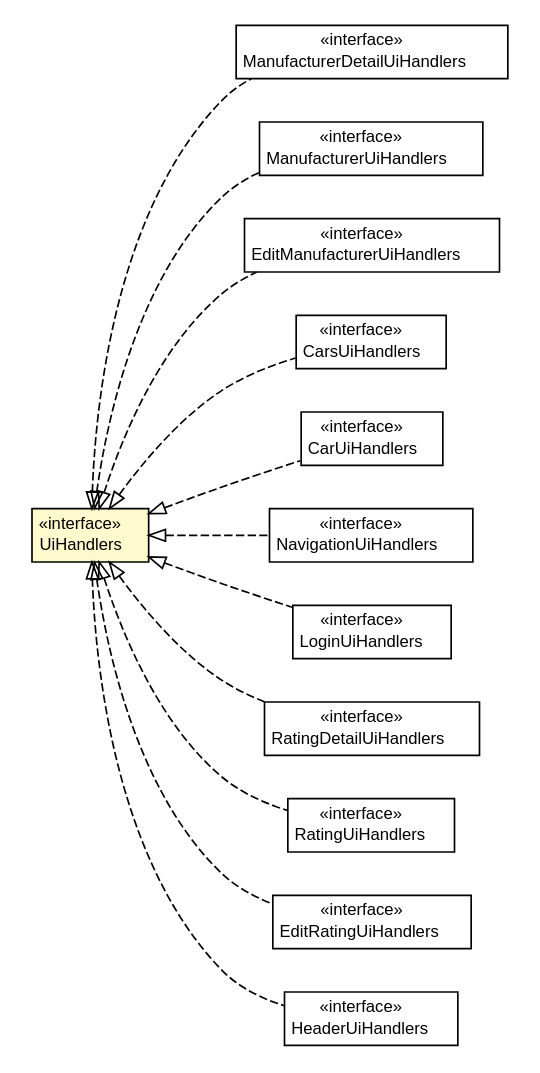
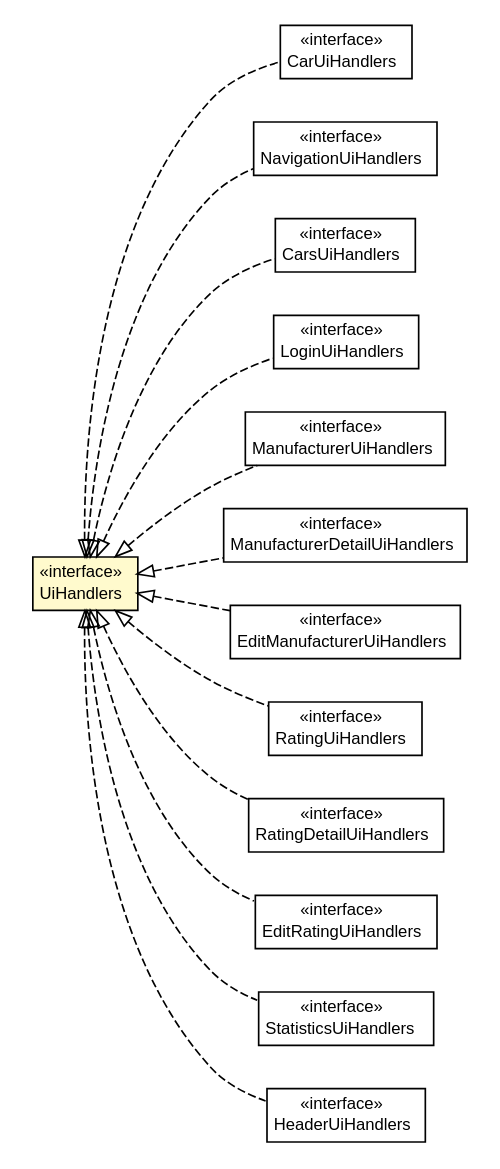
One commit to ArcBees/GWTP changed the diagram in javadoc/apidocs/com/gwtplatform/mvp/client/UiHandlers.dot. Above: the diagram before and after it, drawn with Graphviz. The commit also changed 2699 other files, not shown here.

```diff
--- a/javadoc/apidocs/com/gwtplatform/mvp/client/UiHandlers.dot
+++ b/javadoc/apidocs/com/gwtplatform/mvp/client/UiHandlers.dot
@@ -5,115 +5,124 @@
 #
 
 digraph G {
-	edge [fontname="Helvetica",fontsize=10,labelfontname="Helvetica",labelfontsize=10];
-	node [fontname="Helvetica",fontsize=10,shape=plaintext];
+	edge [fontname="arial",fontsize=10,labelfontname="arial",labelfontsize=10];
+	node [fontname="arial",fontsize=10,shape=plaintext];
 	nodesep=0.25;
 	ranksep=0.5;
 	rankdir=LR;
 	// com.gwtplatform.mvp.client.UiHandlers
-	c387626 [label=<<table title="com.gwtplatform.mvp.client.UiHandlers" border="0" cellborder="1" cellspacing="0" cellpadding="2" port="p" bgcolor="lemonChiffon" href="./UiHandlers.html">
+	c518742 [label=<<table title="com.gwtplatform.mvp.client.UiHandlers" border="0" cellborder="1" cellspacing="0" cellpadding="2" port="p" bgcolor="lemonChiffon" href="./UiHandlers.html">
 		<tr><td><table border="0" cellspacing="0" cellpadding="1">
 <tr><td align="center" balign="center"> &#171;interface&#187; </td></tr>
 <tr><td align="center" balign="center"> UiHandlers </td></tr>
 		</table></td></tr>
-		</table>>, URL="./UiHandlers.html", fontname="Helvetica", fontcolor="black", fontsize=10.0];
+		</table>>, URL="./UiHandlers.html", fontname="arial", fontcolor="black", fontsize=10.0];
+	// com.gwtplatform.carstore.client.application.cars.car.CarUiHandlers
+	c519048 [label=<<table title="com.gwtplatform.carstore.client.application.cars.car.CarUiHandlers" border="0" cellborder="1" cellspacing="0" cellpadding="2" port="p" href="../../carstore/client/application/cars/car/CarUiHandlers.html">
+		<tr><td><table border="0" cellspacing="0" cellpadding="1">
+<tr><td align="center" balign="center"> &#171;interface&#187; </td></tr>
+<tr><td align="center" balign="center"> CarUiHandlers </td></tr>
+		</table></td></tr>
+		</table>>, URL="../../carstore/client/application/cars/car/CarUiHandlers.html", fontname="arial", fontcolor="black", fontsize=10.0];
+	// com.gwtplatform.carstore.client.application.cars.car.navigation.NavigationUiHandlers
+	c519061 [label=<<table title="com.gwtplatform.carstore.client.application.cars.car.navigation.NavigationUiHandlers" border="0" cellborder="1" cellspacing="0" cellpadding="2" port="p" href="../../carstore/client/application/cars/car/navigation/NavigationUiHandlers.html">
+		<tr><td><table border="0" cellspacing="0" cellpadding="1">
+<tr><td align="center" balign="center"> &#171;interface&#187; </td></tr>
+<tr><td align="center" balign="center"> NavigationUiHandlers </td></tr>
+		</table></td></tr>
+		</table>>, URL="../../carstore/client/application/cars/car/navigation/NavigationUiHandlers.html", fontname="arial", fontcolor="black", fontsize=10.0];
+	// com.gwtplatform.carstore.client.application.cars.CarsUiHandlers
+	c519073 [label=<<table title="com.gwtplatform.carstore.client.application.cars.CarsUiHandlers" border="0" cellborder="1" cellspacing="0" cellpadding="2" port="p" href="../../carstore/client/application/cars/CarsUiHandlers.html">
+		<tr><td><table border="0" cellspacing="0" cellpadding="1">
+<tr><td align="center" balign="center"> &#171;interface&#187; </td></tr>
+<tr><td align="center" balign="center"> CarsUiHandlers </td></tr>
+		</table></td></tr>
+		</table>>, URL="../../carstore/client/application/cars/CarsUiHandlers.html", fontname="arial", fontcolor="black", fontsize=10.0];
+	// com.gwtplatform.carstore.client.application.login.LoginUiHandlers
+	c519098 [label=<<table title="com.gwtplatform.carstore.client.application.login.LoginUiHandlers" border="0" cellborder="1" cellspacing="0" cellpadding="2" port="p" href="../../carstore/client/application/login/LoginUiHandlers.html">
+		<tr><td><table border="0" cellspacing="0" cellpadding="1">
+<tr><td align="center" balign="center"> &#171;interface&#187; </td></tr>
+<tr><td align="center" balign="center"> LoginUiHandlers </td></tr>
+		</table></td></tr>
+		</table>>, URL="../../carstore/client/application/login/LoginUiHandlers.html", fontname="arial", fontcolor="black", fontsize=10.0];
+	// com.gwtplatform.carstore.client.application.manufacturer.ManufacturerUiHandlers
+	c519108 [label=<<table title="com.gwtplatform.carstore.client.application.manufacturer.ManufacturerUiHandlers" border="0" cellborder="1" cellspacing="0" cellpadding="2" port="p" href="../../carstore/client/application/manufacturer/ManufacturerUiHandlers.html">
+		<tr><td><table border="0" cellspacing="0" cellpadding="1">
+<tr><td align="center" balign="center"> &#171;interface&#187; </td></tr>
+<tr><td align="center" balign="center"> ManufacturerUiHandlers </td></tr>
+		</table></td></tr>
+		</table>>, URL="../../carstore/client/application/manufacturer/ManufacturerUiHandlers.html", fontname="arial", fontcolor="black", fontsize=10.0];
 	// com.gwtplatform.carstore.client.application.manufacturer.ManufacturerDetailUiHandlers
-	c387888 [label=<<table title="com.gwtplatform.carstore.client.application.manufacturer.ManufacturerDetailUiHandlers" border="0" cellborder="1" cellspacing="0" cellpadding="2" port="p" href="../../carstore/client/application/manufacturer/ManufacturerDetailUiHandlers.html">
+	c519116 [label=<<table title="com.gwtplatform.carstore.client.application.manufacturer.ManufacturerDetailUiHandlers" border="0" cellborder="1" cellspacing="0" cellpadding="2" port="p" href="../../carstore/client/application/manufacturer/ManufacturerDetailUiHandlers.html">
 		<tr><td><table border="0" cellspacing="0" cellpadding="1">
 <tr><td align="center" balign="center"> &#171;interface&#187; </td></tr>
 <tr><td align="center" balign="center"> ManufacturerDetailUiHandlers </td></tr>
 		</table></td></tr>
-		</table>>, URL="../../carstore/client/application/manufacturer/ManufacturerDetailUiHandlers.html", fontname="Helvetica", fontcolor="black", fontsize=10.0];
-	// com.gwtplatform.carstore.client.application.manufacturer.ManufacturerUiHandlers
-	c387897 [label=<<table title="com.gwtplatform.carstore.client.application.manufacturer.ManufacturerUiHandlers" border="0" cellborder="1" cellspacing="0" cellpadding="2" port="p" href="../../carstore/client/application/manufacturer/ManufacturerUiHandlers.html">
-		<tr><td><table border="0" cellspacing="0" cellpadding="1">
-<tr><td align="center" balign="center"> &#171;interface&#187; </td></tr>
-<tr><td align="center" balign="center"> ManufacturerUiHandlers </td></tr>
-		</table></td></tr>
-		</table>>, URL="../../carstore/client/application/manufacturer/ManufacturerUiHandlers.html", fontname="Helvetica", fontcolor="black", fontsize=10.0];
+		</table>>, URL="../../carstore/client/application/manufacturer/ManufacturerDetailUiHandlers.html", fontname="arial", fontcolor="black", fontsize=10.0];
 	// com.gwtplatform.carstore.client.application.manufacturer.ui.EditManufacturerUiHandlers
-	c387901 [label=<<table title="com.gwtplatform.carstore.client.application.manufacturer.ui.EditManufacturerUiHandlers" border="0" cellborder="1" cellspacing="0" cellpadding="2" port="p" href="../../carstore/client/application/manufacturer/ui/EditManufacturerUiHandlers.html">
+	c519123 [label=<<table title="com.gwtplatform.carstore.client.application.manufacturer.ui.EditManufacturerUiHandlers" border="0" cellborder="1" cellspacing="0" cellpadding="2" port="p" href="../../carstore/client/application/manufacturer/ui/EditManufacturerUiHandlers.html">
 		<tr><td><table border="0" cellspacing="0" cellpadding="1">
 <tr><td align="center" balign="center"> &#171;interface&#187; </td></tr>
 <tr><td align="center" balign="center"> EditManufacturerUiHandlers </td></tr>
 		</table></td></tr>
-		</table>>, URL="../../carstore/client/application/manufacturer/ui/EditManufacturerUiHandlers.html", fontname="Helvetica", fontcolor="black", fontsize=10.0];
-	// com.gwtplatform.carstore.client.application.cars.CarsUiHandlers
-	c387913 [label=<<table title="com.gwtplatform.carstore.client.application.cars.CarsUiHandlers" border="0" cellborder="1" cellspacing="0" cellpadding="2" port="p" href="../../carstore/client/application/cars/CarsUiHandlers.html">
+		</table>>, URL="../../carstore/client/application/manufacturer/ui/EditManufacturerUiHandlers.html", fontname="arial", fontcolor="black", fontsize=10.0];
+	// com.gwtplatform.carstore.client.application.rating.RatingUiHandlers
+	c519129 [label=<<table title="com.gwtplatform.carstore.client.application.rating.RatingUiHandlers" border="0" cellborder="1" cellspacing="0" cellpadding="2" port="p" href="../../carstore/client/application/rating/RatingUiHandlers.html">
 		<tr><td><table border="0" cellspacing="0" cellpadding="1">
 <tr><td align="center" balign="center"> &#171;interface&#187; </td></tr>
-<tr><td align="center" balign="center"> CarsUiHandlers </td></tr>
+<tr><td align="center" balign="center"> RatingUiHandlers </td></tr>
 		</table></td></tr>
-		</table>>, URL="../../carstore/client/application/cars/CarsUiHandlers.html", fontname="Helvetica", fontcolor="black", fontsize=10.0];
-	// com.gwtplatform.carstore.client.application.cars.car.CarUiHandlers
-	c387918 [label=<<table title="com.gwtplatform.carstore.client.application.cars.car.CarUiHandlers" border="0" cellborder="1" cellspacing="0" cellpadding="2" port="p" href="../../carstore/client/application/cars/car/CarUiHandlers.html">
-		<tr><td><table border="0" cellspacing="0" cellpadding="1">
-<tr><td align="center" balign="center"> &#171;interface&#187; </td></tr>
-<tr><td align="center" balign="center"> CarUiHandlers </td></tr>
-		</table></td></tr>
-		</table>>, URL="../../carstore/client/application/cars/car/CarUiHandlers.html", fontname="Helvetica", fontcolor="black", fontsize=10.0];
-	// com.gwtplatform.carstore.client.application.cars.car.navigation.NavigationUiHandlers
-	c387941 [label=<<table title="com.gwtplatform.carstore.client.application.cars.car.navigation.NavigationUiHandlers" border="0" cellborder="1" cellspacing="0" cellpadding="2" port="p" href="../../carstore/client/application/cars/car/navigation/NavigationUiHandlers.html">
-		<tr><td><table border="0" cellspacing="0" cellpadding="1">
-<tr><td align="center" balign="center"> &#171;interface&#187; </td></tr>
-<tr><td align="center" balign="center"> NavigationUiHandlers </td></tr>
-		</table></td></tr>
-		</table>>, URL="../../carstore/client/application/cars/car/navigation/NavigationUiHandlers.html", fontname="Helvetica", fontcolor="black", fontsize=10.0];
-	// com.gwtplatform.carstore.client.application.login.LoginUiHandlers
-	c387972 [label=<<table title="com.gwtplatform.carstore.client.application.login.LoginUiHandlers" border="0" cellborder="1" cellspacing="0" cellpadding="2" port="p" href="../../carstore/client/application/login/LoginUiHandlers.html">
-		<tr><td><table border="0" cellspacing="0" cellpadding="1">
-<tr><td align="center" balign="center"> &#171;interface&#187; </td></tr>
-<tr><td align="center" balign="center"> LoginUiHandlers </td></tr>
-		</table></td></tr>
-		</table>>, URL="../../carstore/client/application/login/LoginUiHandlers.html", fontname="Helvetica", fontcolor="black", fontsize=10.0];
+		</table>>, URL="../../carstore/client/application/rating/RatingUiHandlers.html", fontname="arial", fontcolor="black", fontsize=10.0];
 	// com.gwtplatform.carstore.client.application.rating.RatingDetailUiHandlers
-	c387980 [label=<<table title="com.gwtplatform.carstore.client.application.rating.RatingDetailUiHandlers" border="0" cellborder="1" cellspacing="0" cellpadding="2" port="p" href="../../carstore/client/application/rating/RatingDetailUiHandlers.html">
+	c519137 [label=<<table title="com.gwtplatform.carstore.client.application.rating.RatingDetailUiHandlers" border="0" cellborder="1" cellspacing="0" cellpadding="2" port="p" href="../../carstore/client/application/rating/RatingDetailUiHandlers.html">
 		<tr><td><table border="0" cellspacing="0" cellpadding="1">
 <tr><td align="center" balign="center"> &#171;interface&#187; </td></tr>
 <tr><td align="center" balign="center"> RatingDetailUiHandlers </td></tr>
 		</table></td></tr>
-		</table>>, URL="../../carstore/client/application/rating/RatingDetailUiHandlers.html", fontname="Helvetica", fontcolor="black", fontsize=10.0];
-	// com.gwtplatform.carstore.client.application.rating.RatingUiHandlers
-	c387985 [label=<<table title="com.gwtplatform.carstore.client.application.rating.RatingUiHandlers" border="0" cellborder="1" cellspacing="0" cellpadding="2" port="p" href="../../carstore/client/application/rating/RatingUiHandlers.html">
-		<tr><td><table border="0" cellspacing="0" cellpadding="1">
-<tr><td align="center" balign="center"> &#171;interface&#187; </td></tr>
-<tr><td align="center" balign="center"> RatingUiHandlers </td></tr>
-		</table></td></tr>
-		</table>>, URL="../../carstore/client/application/rating/RatingUiHandlers.html", fontname="Helvetica", fontcolor="black", fontsize=10.0];
+		</table>>, URL="../../carstore/client/application/rating/RatingDetailUiHandlers.html", fontname="arial", fontcolor="black", fontsize=10.0];
 	// com.gwtplatform.carstore.client.application.rating.ui.EditRatingUiHandlers
-	c387990 [label=<<table title="com.gwtplatform.carstore.client.application.rating.ui.EditRatingUiHandlers" border="0" cellborder="1" cellspacing="0" cellpadding="2" port="p" href="../../carstore/client/application/rating/ui/EditRatingUiHandlers.html">
+	c519145 [label=<<table title="com.gwtplatform.carstore.client.application.rating.ui.EditRatingUiHandlers" border="0" cellborder="1" cellspacing="0" cellpadding="2" port="p" href="../../carstore/client/application/rating/ui/EditRatingUiHandlers.html">
 		<tr><td><table border="0" cellspacing="0" cellpadding="1">
 <tr><td align="center" balign="center"> &#171;interface&#187; </td></tr>
 <tr><td align="center" balign="center"> EditRatingUiHandlers </td></tr>
 		</table></td></tr>
-		</table>>, URL="../../carstore/client/application/rating/ui/EditRatingUiHandlers.html", fontname="Helvetica", fontcolor="black", fontsize=10.0];
+		</table>>, URL="../../carstore/client/application/rating/ui/EditRatingUiHandlers.html", fontname="arial", fontcolor="black", fontsize=10.0];
+	// com.gwtplatform.carstore.client.application.stats.StatisticsUiHandlers
+	c519158 [label=<<table title="com.gwtplatform.carstore.client.application.stats.StatisticsUiHandlers" border="0" cellborder="1" cellspacing="0" cellpadding="2" port="p" href="../../carstore/client/application/stats/StatisticsUiHandlers.html">
+		<tr><td><table border="0" cellspacing="0" cellpadding="1">
+<tr><td align="center" balign="center"> &#171;interface&#187; </td></tr>
+<tr><td align="center" balign="center"> StatisticsUiHandlers </td></tr>
+		</table></td></tr>
+		</table>>, URL="../../carstore/client/application/stats/StatisticsUiHandlers.html", fontname="arial", fontcolor="black", fontsize=10.0];
 	// com.gwtplatform.carstore.client.application.widget.header.HeaderUiHandlers
-	c388015 [label=<<table title="com.gwtplatform.carstore.client.application.widget.header.HeaderUiHandlers" border="0" cellborder="1" cellspacing="0" cellpadding="2" port="p" href="../../carstore/client/application/widget/header/HeaderUiHandlers.html">
+	c519166 [label=<<table title="com.gwtplatform.carstore.client.application.widget.header.HeaderUiHandlers" border="0" cellborder="1" cellspacing="0" cellpadding="2" port="p" href="../../carstore/client/application/widget/header/HeaderUiHandlers.html">
 		<tr><td><table border="0" cellspacing="0" cellpadding="1">
 <tr><td align="center" balign="center"> &#171;interface&#187; </td></tr>
 <tr><td align="center" balign="center"> HeaderUiHandlers </td></tr>
 		</table></td></tr>
-		</table>>, URL="../../carstore/client/application/widget/header/HeaderUiHandlers.html", fontname="Helvetica", fontcolor="black", fontsize=10.0];
+		</table>>, URL="../../carstore/client/application/widget/header/HeaderUiHandlers.html", fontname="arial", fontcolor="black", fontsize=10.0];
+	//com.gwtplatform.carstore.client.application.cars.car.CarUiHandlers implements com.gwtplatform.mvp.client.UiHandlers
+	c518742:p -> c519048:p [dir=back,arrowtail=empty,style=dashed];
+	//com.gwtplatform.carstore.client.application.cars.car.navigation.NavigationUiHandlers implements com.gwtplatform.mvp.client.UiHandlers
+	c518742:p -> c519061:p [dir=back,arrowtail=empty,style=dashed];
+	//com.gwtplatform.carstore.client.application.cars.CarsUiHandlers implements com.gwtplatform.mvp.client.UiHandlers
+	c518742:p -> c519073:p [dir=back,arrowtail=empty,style=dashed];
+	//com.gwtplatform.carstore.client.application.login.LoginUiHandlers implements com.gwtplatform.mvp.client.UiHandlers
+	c518742:p -> c519098:p [dir=back,arrowtail=empty,style=dashed];
+	//com.gwtplatform.carstore.client.application.manufacturer.ManufacturerUiHandlers implements com.gwtplatform.mvp.client.UiHandlers
+	c518742:p -> c519108:p [dir=back,arrowtail=empty,style=dashed];
 	//com.gwtplatform.carstore.client.application.manufacturer.ManufacturerDetailUiHandlers implements com.gwtplatform.mvp.client.UiHandlers
-	c387626:p -> c387888:p [dir=back,arrowtail=empty,style=dashed];
-	//com.gwtplatform.carstore.client.application.manufacturer.ManufacturerUiHandlers implements com.gwtplatform.mvp.client.UiHandlers
-	c387626:p -> c387897:p [dir=back,arrowtail=empty,style=dashed];
+	c518742:p -> c519116:p [dir=back,arrowtail=empty,style=dashed];
 	//com.gwtplatform.carstore.client.application.manufacturer.ui.EditManufacturerUiHandlers implements com.gwtplatform.mvp.client.UiHandlers
-	c387626:p -> c387901:p [dir=back,arrowtail=empty,style=dashed];
-	//com.gwtplatform.carstore.client.application.cars.CarsUiHandlers implements com.gwtplatform.mvp.client.UiHandlers
-	c387626:p -> c387913:p [dir=back,arrowtail=empty,style=dashed];
-	//com.gwtplatform.carstore.client.application.cars.car.CarUiHandlers implements com.gwtplatform.mvp.client.UiHandlers
-	c387626:p -> c387918:p [dir=back,arrowtail=empty,style=dashed];
-	//com.gwtplatform.carstore.client.application.cars.car.navigation.NavigationUiHandlers implements com.gwtplatform.mvp.client.UiHandlers
-	c387626:p -> c387941:p [dir=back,arrowtail=empty,style=dashed];
-	//com.gwtplatform.carstore.client.application.login.LoginUiHandlers implements com.gwtplatform.mvp.client.UiHandlers
-	c387626:p -> c387972:p [dir=back,arrowtail=empty,style=dashed];
+	c518742:p -> c519123:p [dir=back,arrowtail=empty,style=dashed];
+	//com.gwtplatform.carstore.client.application.rating.RatingUiHandlers implements com.gwtplatform.mvp.client.UiHandlers
+	c518742:p -> c519129:p [dir=back,arrowtail=empty,style=dashed];
 	//com.gwtplatform.carstore.client.application.rating.RatingDetailUiHandlers implements com.gwtplatform.mvp.client.UiHandlers
-	c387626:p -> c387980:p [dir=back,arrowtail=empty,style=dashed];
-	//com.gwtplatform.carstore.client.application.rating.RatingUiHandlers implements com.gwtplatform.mvp.client.UiHandlers
-	c387626:p -> c387985:p [dir=back,arrowtail=empty,style=dashed];
+	c518742:p -> c519137:p [dir=back,arrowtail=empty,style=dashed];
 	//com.gwtplatform.carstore.client.application.rating.ui.EditRatingUiHandlers implements com.gwtplatform.mvp.client.UiHandlers
-	c387626:p -> c387990:p [dir=back,arrowtail=empty,style=dashed];
+	c518742:p -> c519145:p [dir=back,arrowtail=empty,style=dashed];
+	//com.gwtplatform.carstore.client.application.stats.StatisticsUiHandlers implements com.gwtplatform.mvp.client.UiHandlers
+	c518742:p -> c519158:p [dir=back,arrowtail=empty,style=dashed];
 	//com.gwtplatform.carstore.client.application.widget.header.HeaderUiHandlers implements com.gwtplatform.mvp.client.UiHandlers
-	c387626:p -> c388015:p [dir=back,arrowtail=empty,style=dashed];
+	c518742:p -> c519166:p [dir=back,arrowtail=empty,style=dashed];
 }
```
